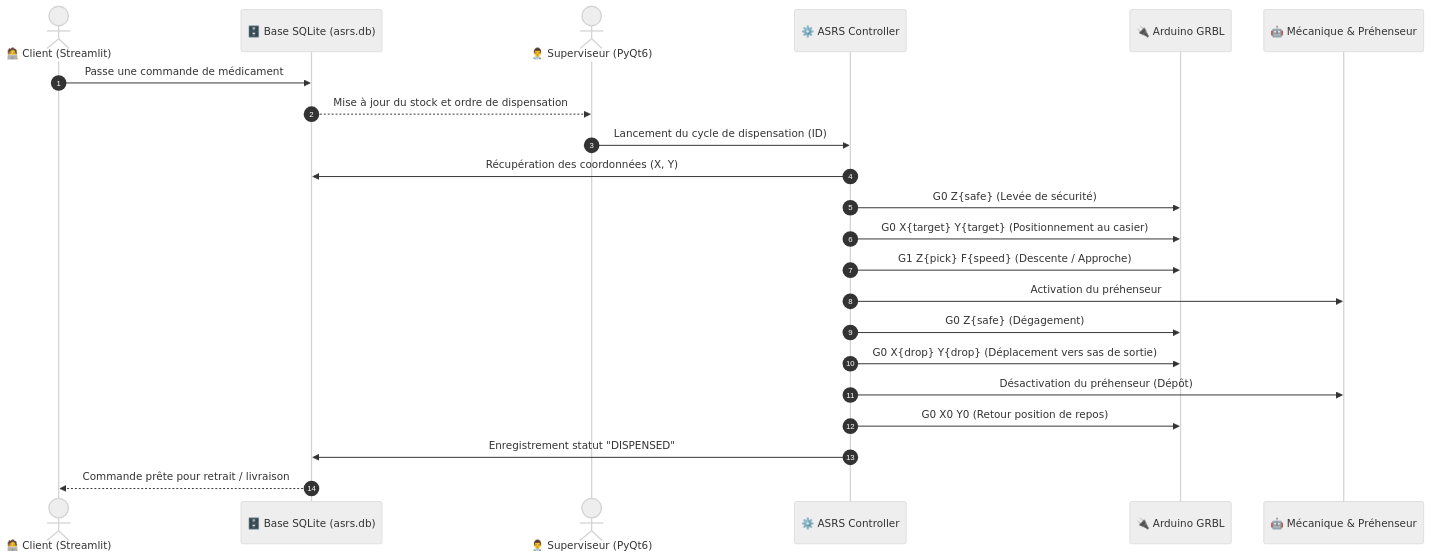
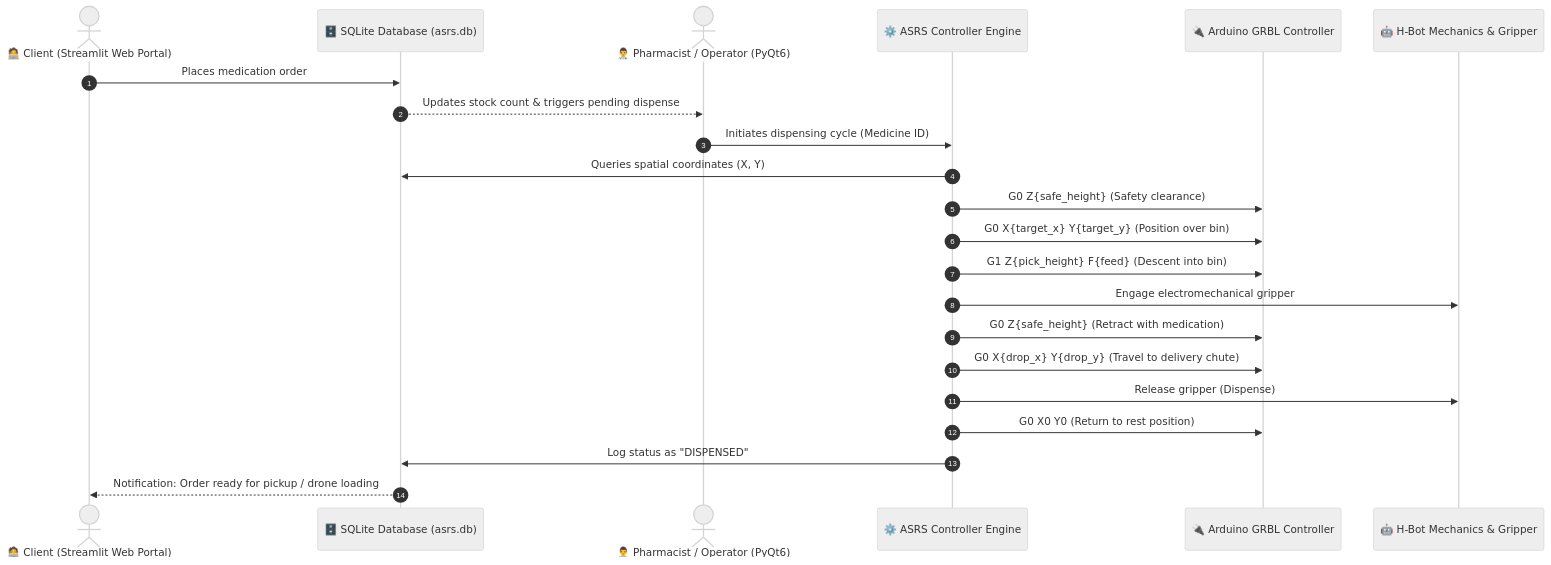
Before and after one commit to medhsiny2003/ASRS-ROBOT-BY-MOHAMMED-HSINY: the diagram in README.md, drawn with Mermaid (neutral theme). The commit also changed other lines of this file and 1 other file, not shown here.

````diff
--- a/README.md
+++ b/README.md
@@ -131,25 +130,25 @@
 ```mermaid
 sequenceDiagram
     autonumber
-    actor Client as 🧑‍💻 Client (Streamlit)
-    participant DB as 🗄️ Base SQLite (asrs.db)
-    actor Admin as 👨‍⚕️ Superviseur (PyQt6)
-    participant Controller as ⚙️ ASRS Controller
-    participant GRBL as 🔌 Arduino GRBL
-    participant Robot as 🤖 Mécanique & Préhenseur
+    actor Client as 🧑‍💻 Client (Streamlit Web Portal)
+    participant DB as 🗄️ SQLite Database (asrs.db)
+    actor Admin as 👨‍⚕️ Pharmacist / Operator (PyQt6)
+    participant Controller as ⚙️ ASRS Controller Engine
+    participant GRBL as 🔌 Arduino GRBL Controller
+    participant Robot as 🤖 H-Bot Mechanics & Gripper
 
-    Client->>DB: Passe une commande de médicament
-    DB-->>Admin: Mise à jour du stock et ordre de dispensation
-    Admin->>Controller: Lancement du cycle de dispensation (ID)
-    Controller->>DB: Récupération des coordonnées (X, Y)
-    Controller->>GRBL: G0 Z{safe} (Levée de sécurité)
-    Controller->>GRBL: G0 X{target} Y{target} (Positionnement au casier)
-    Controller->>GRBL: G1 Z{pick} F{speed} (Descente / Approche)
-    Controller->>Robot: Activation du préhenseur
-    Controller->>GRBL: G0 Z{safe} (Dégagement)
-    Controller->>GRBL: G0 X{drop} Y{drop} (Déplacement vers sas de sortie)
-    Controller->>Robot: Désactivation du préhenseur (Dépôt)
-    Controller->>GRBL: G0 X0 Y0 (Retour position de repos)
-    Controller->>DB: Enregistrement statut "DISPENSED"
-    DB-->>Client: Commande prête pour retrait / livraison
+    Client->>DB: Places medication order
+    DB-->>Admin: Updates stock count & triggers pending dispense
+    Admin->>Controller: Initiates dispensing cycle (Medicine ID)
+    Controller->>DB: Queries spatial coordinates (X, Y)
+    Controller->>GRBL: G0 Z{safe_height} (Safety clearance)
+    Controller->>GRBL: G0 X{target_x} Y{target_y} (Position over bin)
+    Controller->>GRBL: G1 Z{pick_height} F{feed} (Descent into bin)
+    Controller->>Robot: Engage electromechanical gripper
+    Controller->>GRBL: G0 Z{safe_height} (Retract with medication)
+    Controller->>GRBL: G0 X{drop_x} Y{drop_y} (Travel to delivery chute)
+    Controller->>Robot: Release gripper (Dispense)
+    Controller->>GRBL: G0 X0 Y0 (Return to rest position)
+    Controller->>DB: Log status as "DISPENSED"
+    DB-->>Client: Notification: Order ready for pickup / drone loading
 ```
````
